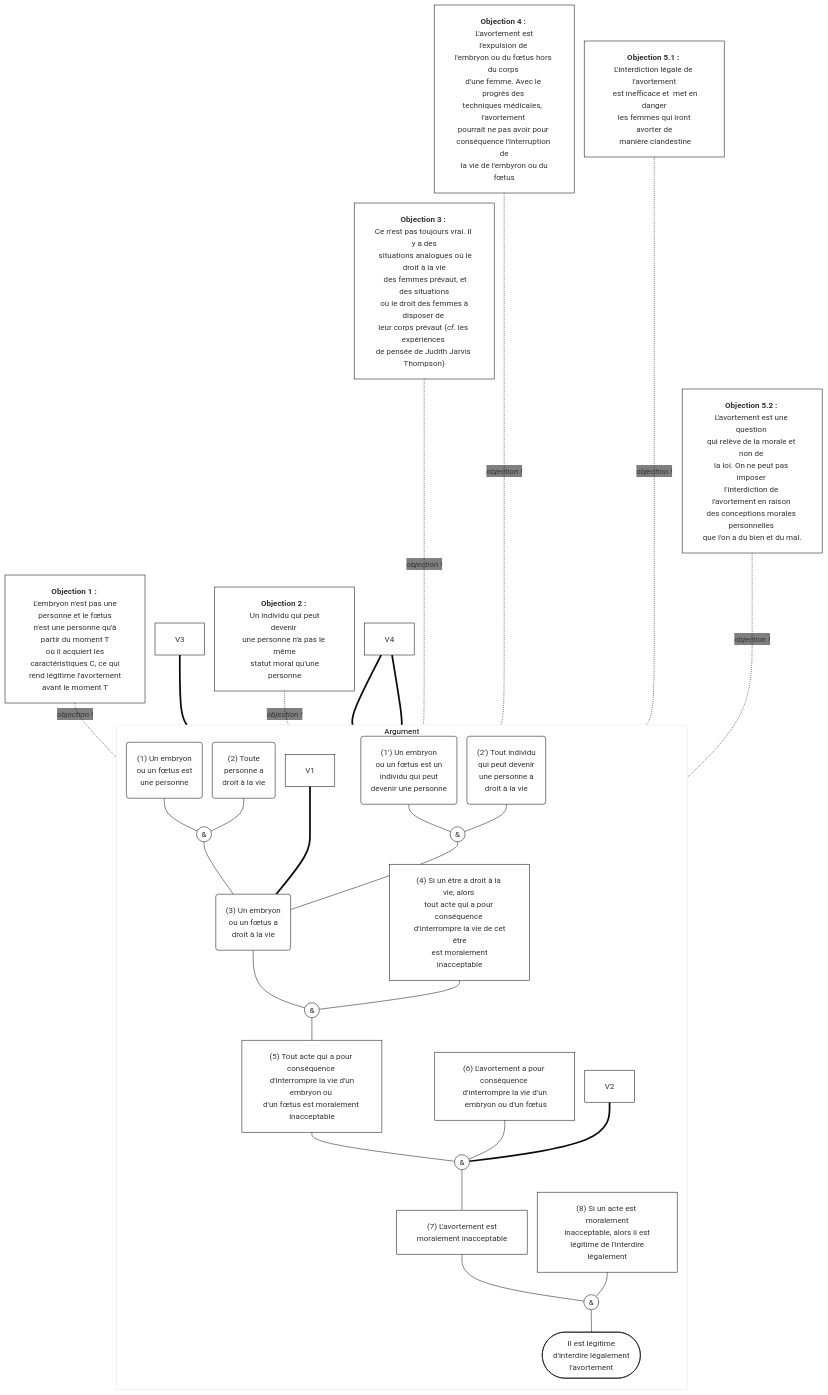
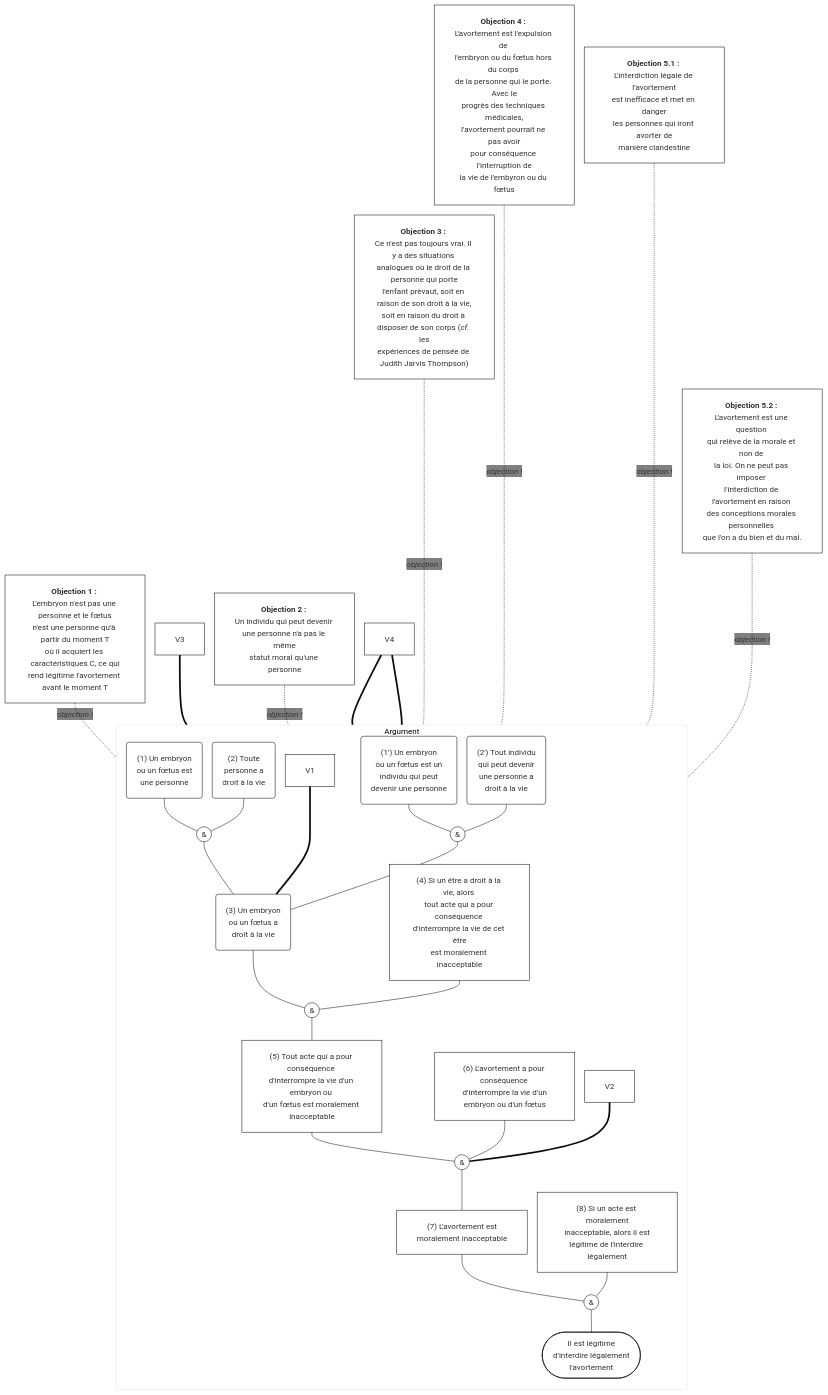
Before and after one commit to eyssette/arguments: the diagram in avortement-argument-principal-et-objections.mmd, drawn with Mermaid. The commit also changed 1 other file, not shown here.

```diff
--- a/avortement-argument-principal-et-objections.mmd
+++ b/avortement-argument-principal-et-objections.mmd
@@ -1,71 +1,124 @@
 %%{init: {"theme":"base","themeCSS": "#Argument rect{stroke:transparent; fill:#e5e5e5} #Argument span {color:transparent} .edgeLabel{color:#888; font-size:0.9em; margin-right:3px} .edgeLabel i{color:crimson} .edge-pattern-dotted{stroke:crimson} .edge-pattern-solid{stroke:green} #flowchart-pointEnd{fill:green}  g[id*=\"O\"] *{stroke:crimson!important; font-size:1em} circle+g span{color:white; } circle{fill:green!important} g[id*=\"C\"] * {fill:black;color:white;font-weight:bold}  g[id*=\"V\"] * {stroke:transparent; fill:transparent; color:transparent} .edge-thickness-thick{stroke:transparent}","themeVariables":{"secondaryColor":"transparent","primaryColor":"white","primaryBorderColor":"black"},"flowchart":{"htmlLabels":true, "padding":20, "rankSpacing":20, "nodeSpacing":20}} }%%
 flowchart TB
-    %%accTitle: Titre
-    %%accDescr: Description
-    subgraph Argument
-    direction TB
-    %% 1("Prémisse")
-    %% Pour utiliser les guillemets dans une prémisse : #quot;
-    %% 1 -->|Par conséquent|2
-    %% 1 & 2 --- PL1((&))
-    %% C(["Conclusion"])
-    1("(1) Un embryon <br>ou un fœtus est<br> une personne")
-    2("(2) Toute <br>personne a<br> droit à la vie")
-    1 & 2 --- PL1((&))
-    PL1 --- 3
-    3("(3) Un embryon <br>ou un fœtus a <br>droit à la vie")
+%%accTitle: Titre
+%%accDescr: Description
+subgraph Argument
+direction TB
+%% 1("Prémisse")
+%% Pour utiliser les guillemets dans une prémisse : #quot;
+%% 1 -->|Par conséquent|2
+%% 1 & 2 --- PL1((&))
+%% C(["Conclusion"])
+1("(1) Un embryon 
+ou un fœtus est
+une personne")
+2("(2) Toute 
+personne a
+droit à la vie")
+1 & 2 --- PL1((&))
+PL1 --- 3
+3("(3) Un embryon 
+ou un fœtus a 
+droit à la vie")
 
-    V1 ==== 3
+V1 ==== 3
 
-    1.2("(1') Un embryon <br>ou un fœtus est un <br> individu qui peut <br>devenir une personne")
-    2.2("(2') Tout individu<br> qui peut devenir <br>une personne a <br>droit à la vie")
-    1.2 & 2.2 --- PL1.2((&))
-    PL1.2 --- 3
+1.2("(1') Un embryon 
+ou un fœtus est un 
+individu qui peut 
+devenir une personne")
+2.2("(2') Tout individu
+qui peut devenir 
+une personne a 
+droit à la vie")
+1.2 & 2.2 --- PL1.2((&))
+PL1.2 --- 3
 
 
-    4["(4) Si un être a droit à la vie, alors <br>tout acte qui a pour conséquence <br> d'interrompre la vie de cet être<br> est moralement inacceptable"]
+4["(4) Si un être a droit à la vie, alors 
+tout acte qui a pour conséquence 
+d'interrompre la vie de cet être
+est moralement inacceptable"]
 
-    3 & 4 --- PL2((&))
-    PL2 --- 5
+3 & 4 --- PL2((&))
+PL2 --- 5
 
-    5["(5) Tout acte qui a pour conséquence <br> d'interrompre la vie d'un embryon ou <br>d'un fœtus est moralement inacceptable"]
+5["(5) Tout acte qui a pour conséquence 
+d'interrompre la vie d'un embryon ou 
+d'un fœtus est moralement inacceptable"]
 
-    6["(6) L'avortement a pour conséquence <br>d'interrompre la vie d'un<br> embryon ou d'un fœtus "]
+6["(6) L'avortement a pour conséquence 
+d'interrompre la vie d'un
+embryon ou d'un fœtus "]
 
-    5 & 6 --- PL3((&))
-    V2 === PL3
-    PL3 --- 7
-    
-    7["(7) L'avortement est <br>moralement inacceptable"]
+5 & 6 --- PL3((&))
+V2 === PL3
+PL3 --- 7
 
-    8["(8) Si un acte est moralement<br>inacceptable, alors il est<br> légitime de l'interdire légalement"]
+7["(7) L'avortement est 
+moralement inacceptable"]
 
-    7 & 8 --- PL4((&))
-    PL4 --- C
+8["(8) Si un acte est moralement
+inacceptable, alors il est
+légitime de l'interdire légalement"]
 
-    C(["Il est légitime<br>d'interdire légalement<br>l'avortement"])
-    end
-    %% OBJECTIONS
+7 & 8 --- PL4((&))
+PL4 --- C
 
-    O1["<b>Objection 1 :</b> <br> L'embryon n'est pas une personne et le fœtus<br> n'est une personne qu'à partir du moment T<br> où il acquiert les caractéristiques C, ce qui<br> rend légitime l'avortement avant le moment T"]
-    O1-.-|<i>objection !</i>|1
+C(["Il est légitime
+d'interdire légalement
+l'avortement"])
+end
+%% OBJECTIONS
 
-    V3===1.2
+O1["<b>Objection 1 :</b> 
+L'embryon n'est pas une personne et le fœtus
+n'est une personne qu'à partir du moment T
+où il acquiert les caractéristiques C, ce qui
+rend légitime l'avortement avant le moment T"]
+O1-.-|<i>objection !</i>|1
 
-    O2["<b>Objection 2 :</b> <br> Un individu qui peut devenir <br>une personne n'a pas le même<br> statut moral qu'une personne"]
-    O2-.-|<i>objection !</i>|2.2
+V3===1.2
 
-    V4===2.2
-    V4===4
+O2["<b>Objection 2 :</b> 
+Un individu qui peut devenir 
+une personne n'a pas le même
+statut moral qu'une personne"]
+O2-.-|<i>objection !</i>|2.2
 
-    O3["<b>Objection 3 :</b> <br>Ce n'est pas toujours vrai. Il y a des<br>  situations analogues où le droit à la vie<br>  des femmes prévaut, et des situations<br> où le droit des femmes à disposer de <br>leur corps prévaut (<i>cf.</i> les expériences <br>de pensée de Judith Jarvis Thompson)"]
-    O3-...-|<i>objection !</i>|4
+V4===2.2
+V4===4
 
-    O4["<b>Objection 4 :</b> <br> L'avortement est l'expulsion de <br>l'embryon ou du fœtus hors du corps <br>d'une femme. Avec le progrès des <br>techniques médicales,  l'avortement <br>pourrait ne pas avoir pour <br>conséquence l'interruption de<br> la vie de l'embyron ou du fœtus"]
-    O4-....-|<i>objection !</i>|6
+O3["<b>Objection 3 :</b> 
+Ce n'est pas toujours vrai. Il y a des situations 
+analogues où le droit de la personne qui porte
+l'enfant prévaut, soit en raison de son droit à la vie,
+soit en raison du droit à disposer de son corps (<i>cf.</i> les
+expériences de pensée de Judith Jarvis Thompson)"]
+O3-...-|<i>objection !</i>|4
 
-    O5.1["<b>Objection 5.1 :</b> <br>L'interdiction légale de l'avortement<br>  est inefficace et  met en danger<br> les femmes qui iront avorter de<br> manière clandestine"]
-    O5.1-....-|<i>objection !</i>|8
+O4["<b>Objection 4 :</b> 
+L'avortement est l'expulsion de 
+l'embryon ou du fœtus hors du corps 
+de la personne qui le porte. Avec le
+progrès des techniques médicales,
+l'avortement pourrait ne pas avoir
+pour conséquence l'interruption de
+la vie de l'embyron ou du fœtus"]
+O4-....-|<i>objection !</i>|6
 
-    O5.2["<b>Objection 5.2 :</b> <br>L'avortement est une question <br>qui relève de la morale et non de <br>la loi. On ne peut pas imposer <br>l'interdiction de l'avortement en raison <br>des conceptions morales personnelles <br>que l'on a du bien et du mal."]
-    O5.2-..-|<i>objection !</i>|8
+O5.1["<b>Objection 5.1 :</b> 
+L'interdiction légale de l'avortement
+est inefficace et met en danger
+les personnes qui iront avorter de
+manière clandestine"]
+O5.1-....-|<i>objection !</i>|8
+
+O5.2["<b>Objection 5.2 :</b> 
+L'avortement est une question 
+qui relève de la morale et non de 
+la loi. On ne peut pas imposer 
+l'interdiction de l'avortement en raison 
+des conceptions morales personnelles 
+que l'on a du bien et du mal."]
+O5.2-..-|<i>objection !</i>|8
```
